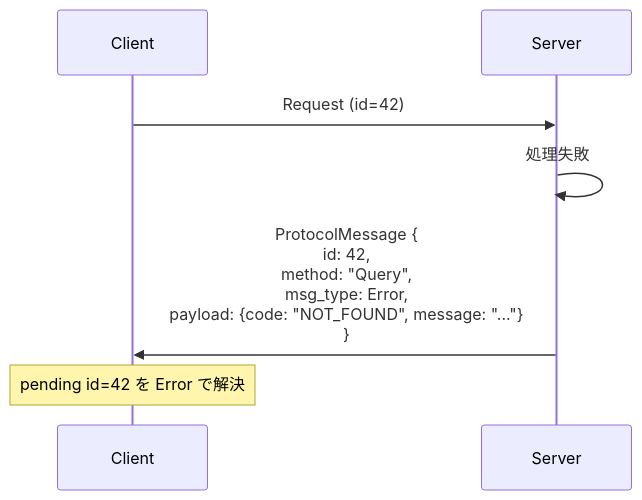
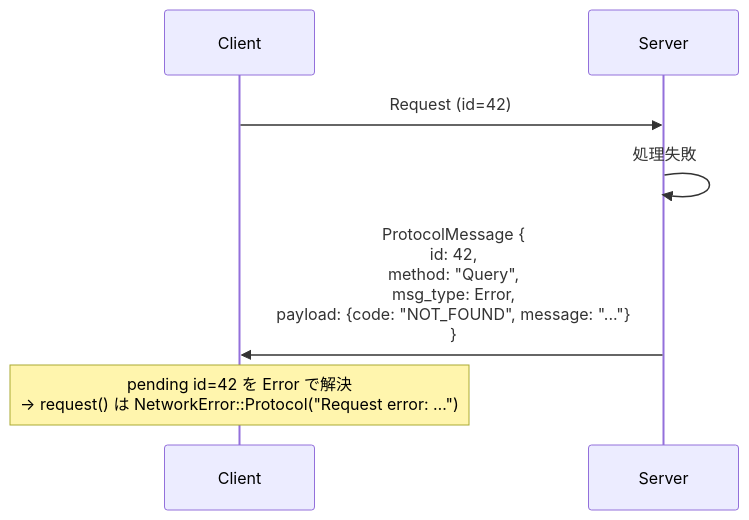
One commit to chronista-club/club-unison changed the sixth of 6 diagrams in spec/02-unified-channel/SPEC.md. Above: the diagram before and after it, drawn with Mermaid. The commit also changed other lines of this file and 24 other files, not shown here.

````diff
--- a/spec/02-unified-channel/SPEC.md
+++ b/spec/02-unified-channel/SPEC.md
@@ -434,12 +438,12 @@
 ```mermaid
 sequenceDiagram
     participant C as Client
     participant S as Server
 
     C->>S: Request (id=42)
     S->>S: 処理失敗
 
     S->>C: ProtocolMessage {<br/>  id: 42,<br/>  method: "Query",<br/>  msg_type: Error,<br/>  payload: {code: "NOT_FOUND", message: "..."}<br/>}
 
-    Note over C: pending id=42 を Error で解決
+    Note over C: pending id=42 を Error で解決<br/>→ request() は NetworkError::Protocol("Request error: …")
 ```
````
